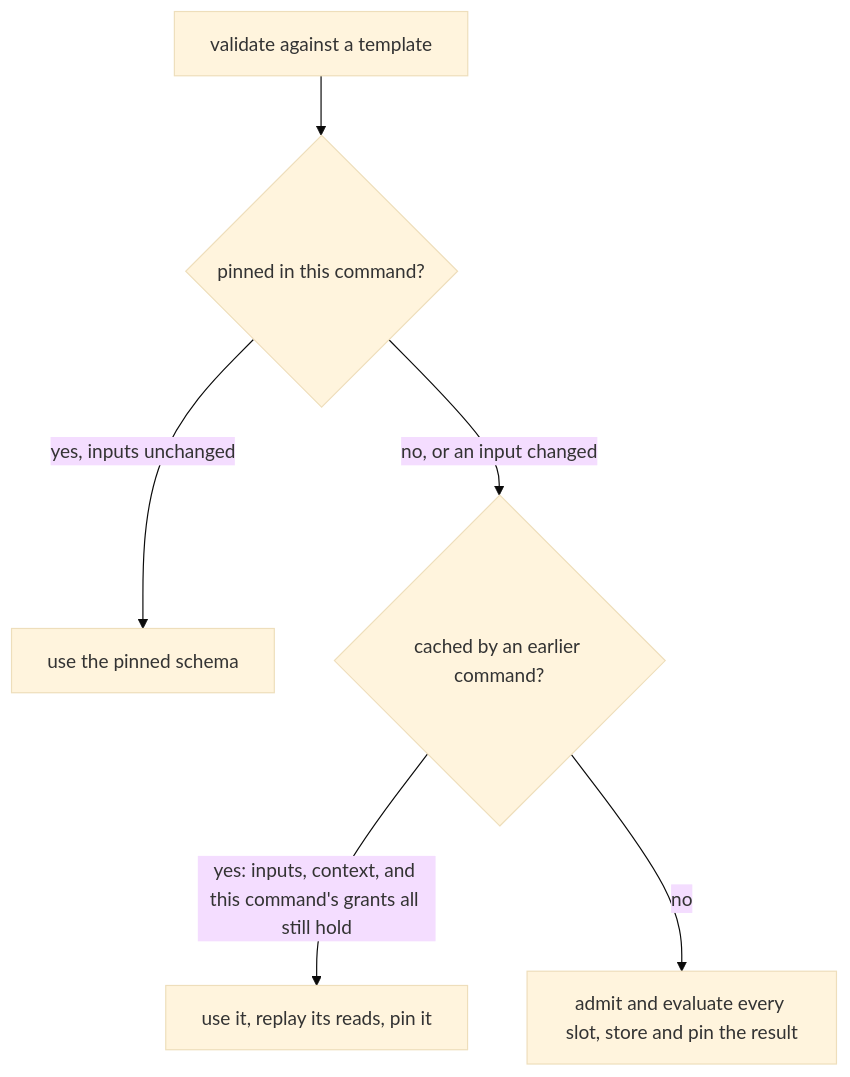
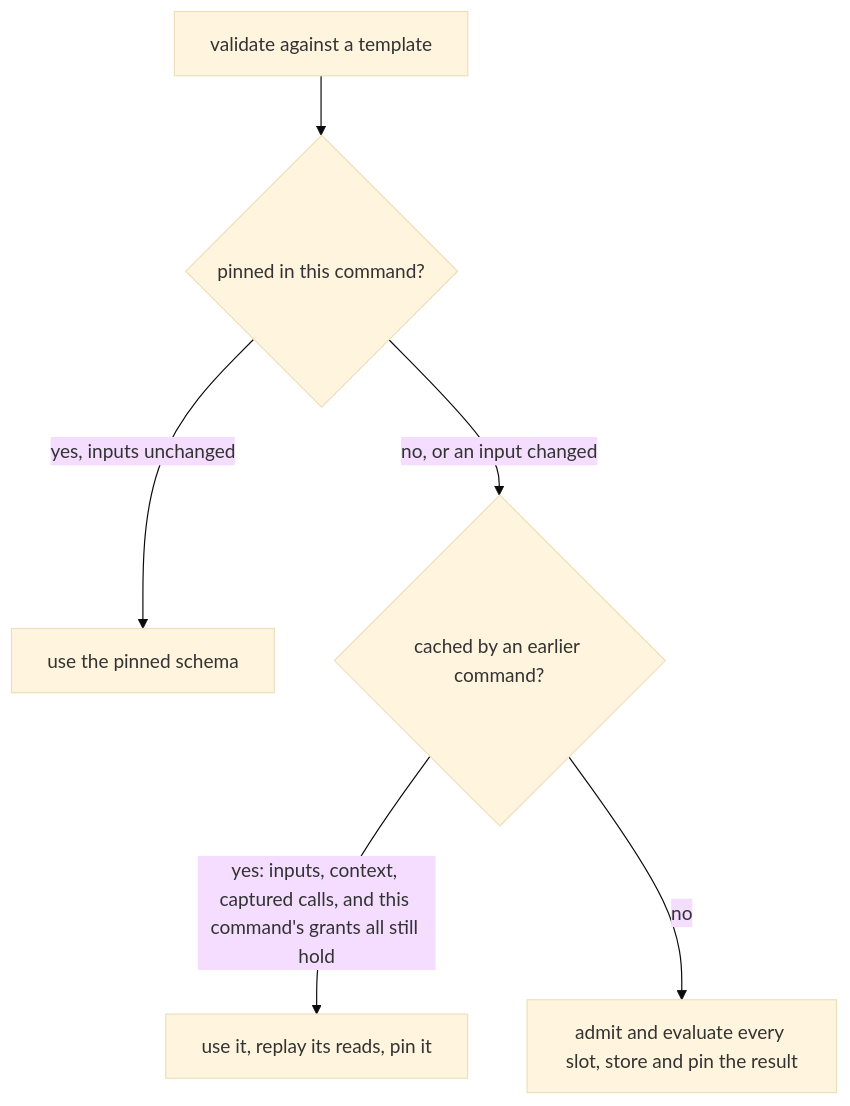
Before and after one commit to yankeeinlondon/rusty-biscuit: the third of 4 diagrams in darkmatter/docs/topics/schemas/schema-slots.md, drawn with Mermaid (base theme). The commit also changed other lines of this file and 41 other files, not shown here.

First line of the commit message:
feat(darkmatter): complete dynamic schema slot review fixes

````diff
--- a/darkmatter/docs/topics/schemas/schema-slots.md
+++ b/darkmatter/docs/topics/schemas/schema-slots.md
@@ -415,8 +443,8 @@
 ```mermaid
 flowchart TD
     A[validate against a template] --> B{pinned in this command?}
     B -- yes, inputs unchanged --> P[use the pinned schema]
     B -- no, or an input changed --> C{cached by an earlier command?}
-    C -- "yes: inputs, context, and this command's grants all still hold" --> Q[use it, replay its reads, pin it]
+    C -- "yes: inputs, context, captured calls, and this command's grants all still hold" --> Q[use it, replay its reads, pin it]
     C -- no --> R[admit and evaluate every slot, store and pin the result]
 ```
````
